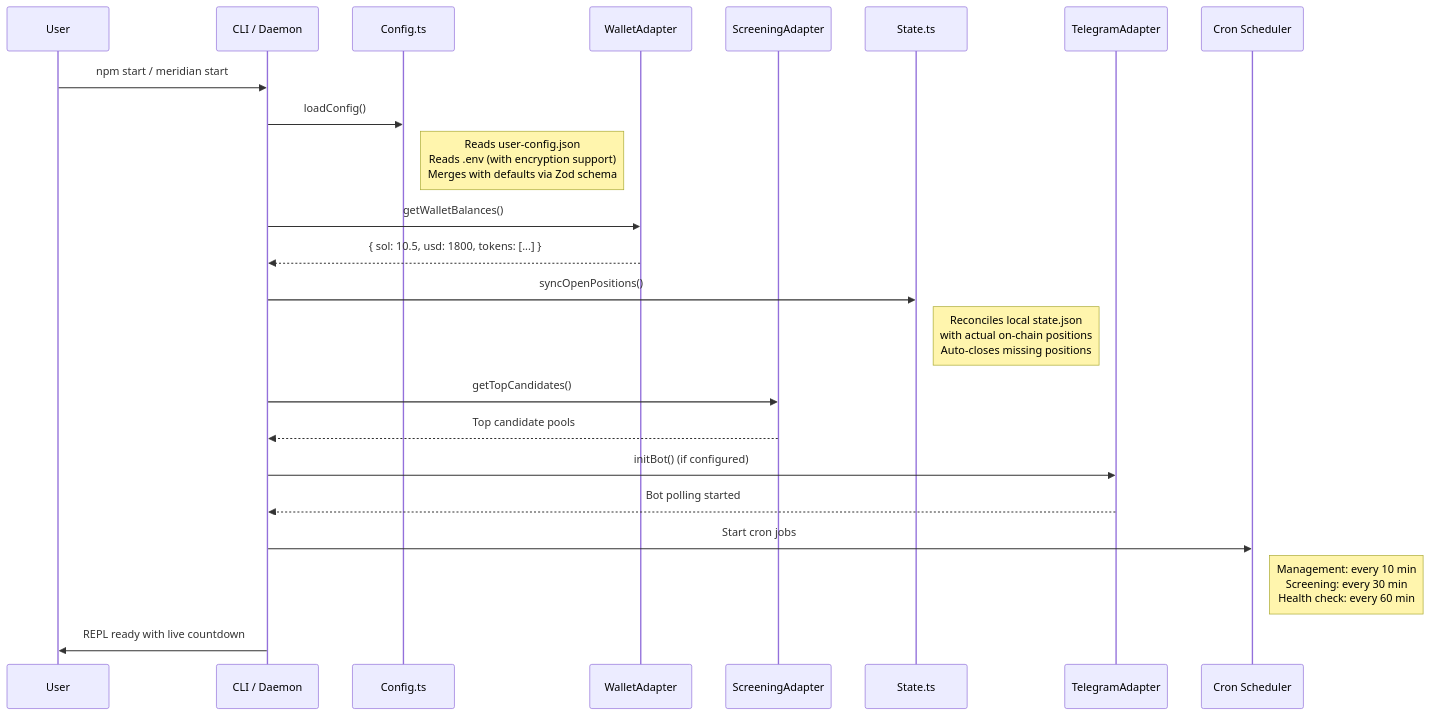
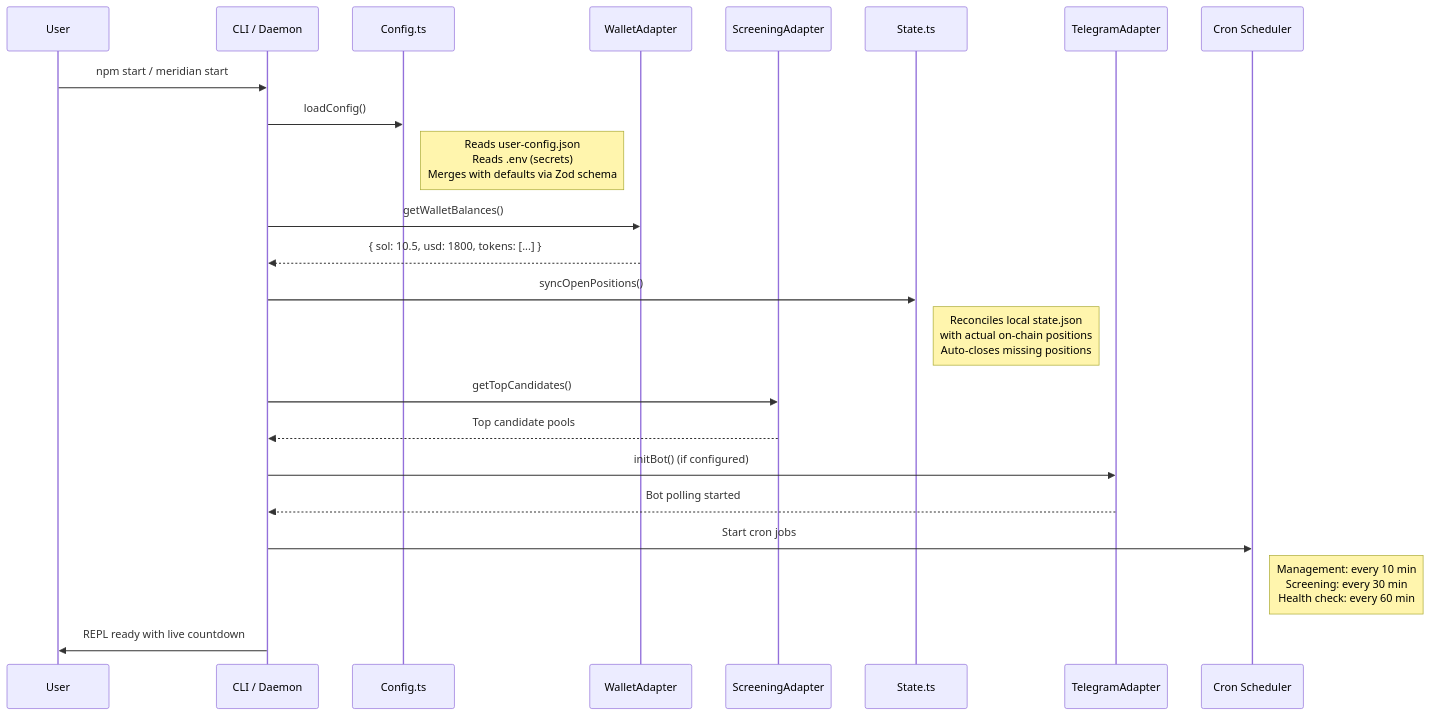
Before and after one commit to romankurnovskii/etemaro: the third of 19 diagrams in docs/FULL_FLOW.md, drawn with Mermaid. The commit also changed other lines of this file and 6 other files, not shown here.

````diff
--- a/docs/FULL_FLOW.md
+++ b/docs/FULL_FLOW.md
@@ -178,32 +182,32 @@
 ```mermaid
 sequenceDiagram
     participant User
     participant CLI as CLI / Daemon
     participant Config as Config.ts
     participant Wallet as WalletAdapter
     participant Screen as ScreeningAdapter
     participant State as State.ts
     participant Telegram as TelegramAdapter
     participant Cron as Cron Scheduler
 
     User->>CLI: npm start / meridian start
     CLI->>Config: loadConfig()
-    Note right of Config: Reads user-config.json<br/>Reads .env (with encryption support)<br/>Merges with defaults via Zod schema
+    Note right of Config: Reads user-config.json<br/>Reads .env (secrets)<br/>Merges with defaults via Zod schema
 
     CLI->>Wallet: getWalletBalances()
     Wallet-->>CLI: { sol: 10.5, usd: 1800, tokens: [...] }
 
     CLI->>State: syncOpenPositions()
     Note right of State: Reconciles local state.json<br/>with actual on-chain positions<br/>Auto-closes missing positions
 
     CLI->>Screen: getTopCandidates()
     Screen-->>CLI: Top candidate pools
 
     CLI->>Telegram: initBot() (if configured)
     Telegram-->>CLI: Bot polling started
 
     CLI->>Cron: Start cron jobs
     Note right of Cron: Management: every 10 min<br/>Screening: every 30 min<br/>Health check: every 60 min
 
     CLI->>User: REPL ready with live countdown
 ```
````
